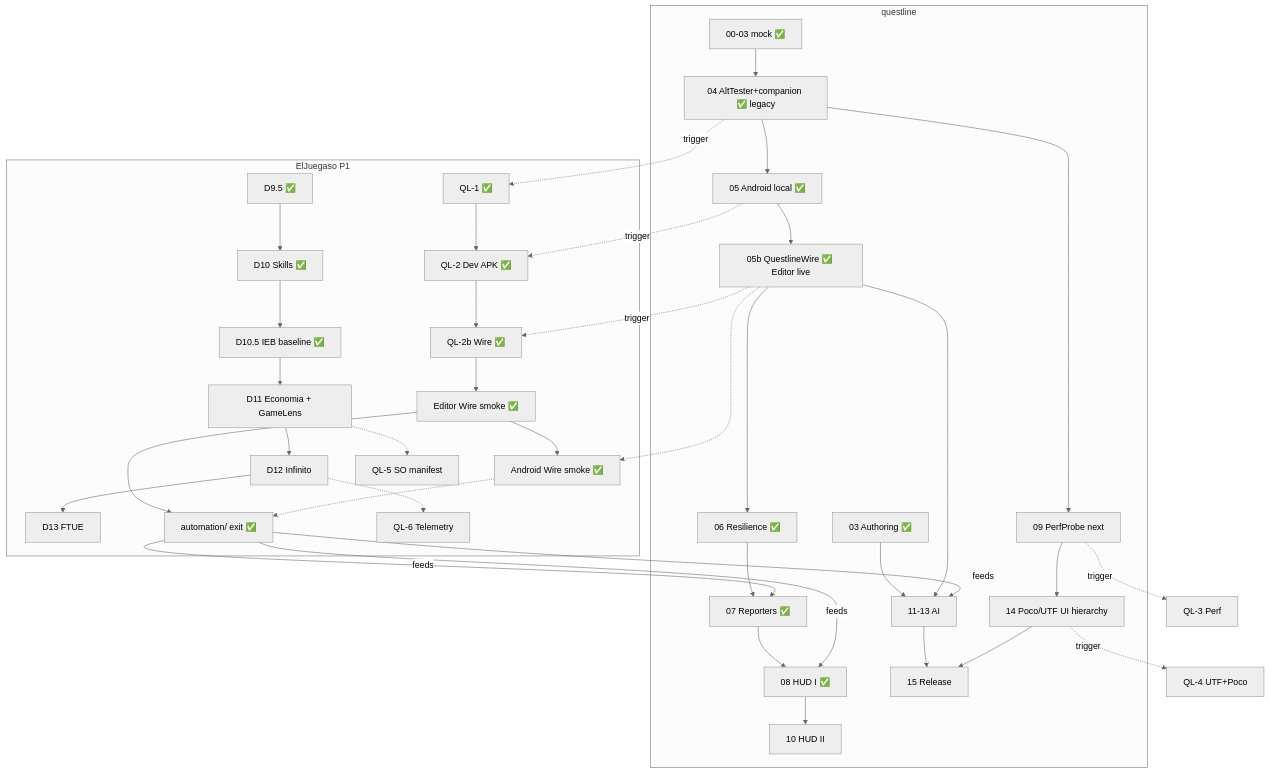
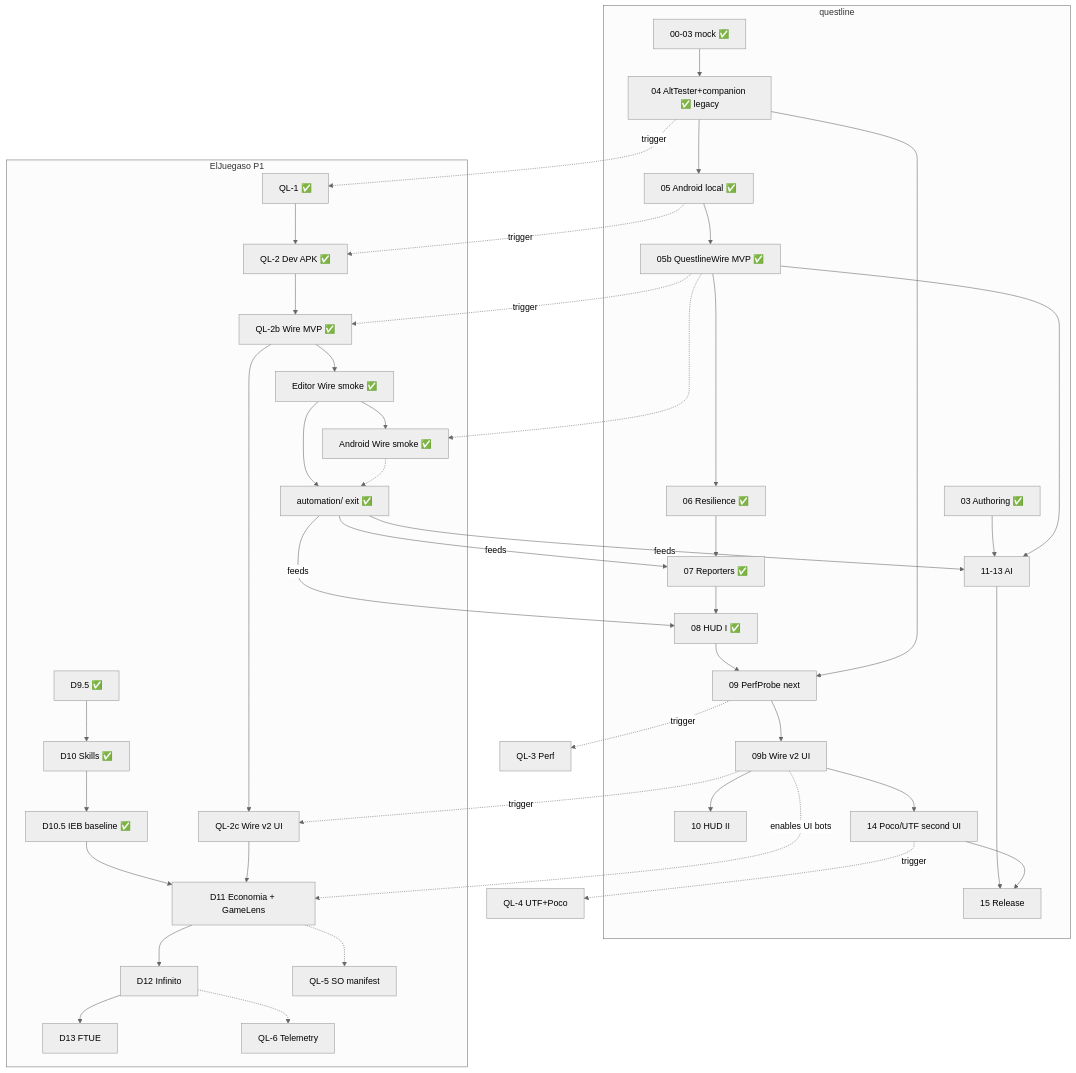
Before and after one commit to Knutronko/questline: the diagram in docs/STATUS-DUAL.md, drawn with Mermaid (neutral theme). The commit also changed other lines of this file and 12 other files, not shown here.

````diff
--- a/docs/STATUS-DUAL.md
+++ b/docs/STATUS-DUAL.md
@@ -99,44 +102,50 @@
 ```mermaid
 flowchart TB
   subgraph QL[questline]
     Q0[00-03 mock ✅] --> Q4[04 AltTester+companion ✅ legacy]
     Q4 --> Q5[05 Android local ✅]
-    Q5 --> Q5b[05b QuestlineWire ✅ Editor live]
+    Q5 --> Q5b[05b QuestlineWire MVP ✅]
     Q5b --> Q6[06 Resilience ✅]
     Q6 --> Q7[07 Reporters ✅]
     Q7 --> Q8[08 HUD I ✅]
-    Q4 --> Q9[09 PerfProbe next]
-    Q8 --> Q10[10 HUD II]
+    Q8 --> Q9[09 PerfProbe next]
+    Q9 --> Q9b[09b Wire v2 UI]
+    Q9b --> Q10[10 HUD II]
+    Q4 --> Q9
     Q3[03 Authoring ✅] --> Q11[11-13 AI]
     Q5b --> Q11
-    Q9 --> Q14[14 Poco/UTF UI hierarchy]
+    Q9b --> Q14[14 Poco/UTF second UI]
     Q11 --> Q15[15 Release]
     Q14 --> Q15
   end
 
   subgraph Game[ElJuegaso P1]
     D95[D9.5 ✅] --> D10[D10 Skills ✅]
     D10 --> D105[D10.5 IEB baseline ✅]
     D105 --> D11[D11 Economia + GameLens]
     D11 --> D12[D12 Infinito]
     D12 --> D13[D13 FTUE]
     QL1[QL-1 ✅] --> QL2[QL-2 Dev APK ✅]
-    QL2 --> QL2b[QL-2b Wire ✅]
+    QL2 --> QL2b[QL-2b Wire MVP ✅]
     QL2b --> LiveEd[Editor Wire smoke ✅]
     LiveEd --> Auto[automation/ exit ✅]
     LiveEd --> LiveAnd[Android Wire smoke ✅]
     LiveAnd -.-> Auto
+    QL2b --> QL2c[QL-2c Wire v2 UI]
+    QL2c --> D11
     D11 -.-> QL5[QL-5 SO manifest]
     D12 -.-> QL6[QL-6 Telemetry]
   end
 
   Q4 -.->|trigger| QL1
   Q5 -.->|trigger| QL2
   Q5b -.->|trigger| QL2b
   Q5b -.-> LiveAnd
   Q9 -.->|trigger| QL3[QL-3 Perf]
+  Q9b -.->|trigger| QL2c
   Q14 -.->|trigger| QL4[QL-4 UTF+Poco]
   Auto -->|feeds| Q7
   Auto -->|feeds| Q8
   Auto -->|feeds| Q11
+  Q9b -.->|enables UI bots| D11
 ```
````
